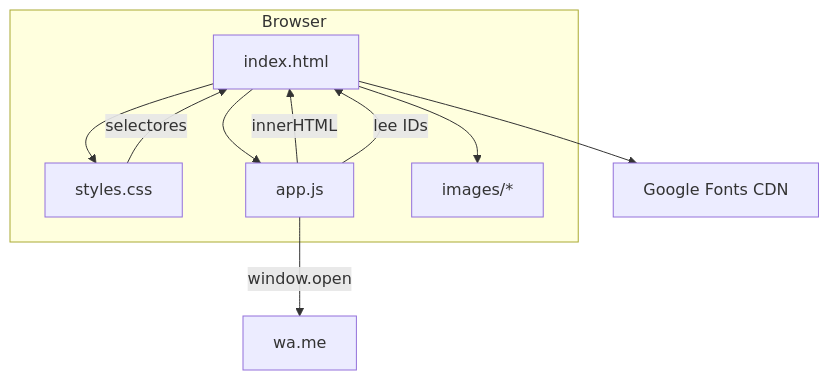
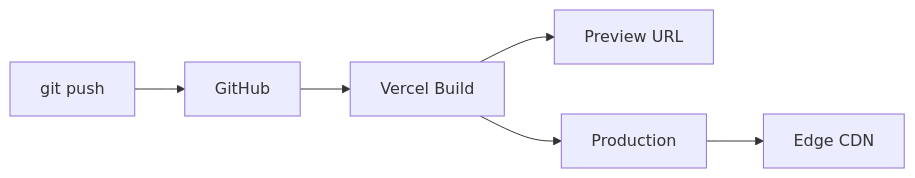
Before and after one commit to johan6821/anna_objetoshechosamano: the eighth of 9 diagrams in docs/arquitectura.md, drawn with Mermaid. The commit also changed other lines of this file and 2 other files, not shown here.

Commit message:
Refactor product names for clarity and consistency; update checkout form text to remove chat negotiation mention; revise architecture documentation for improved structure and detail.

````diff
--- a/docs/arquitectura.md
+++ b/docs/arquitectura.md
@@ -362,17 +998,8 @@
 ```mermaid
-flowchart TB
-  subgraph Browser
-    HTML[index.html]
-    CSS[styles.css]
-    JS[app.js]
-    IMG[images/*]
-  end
-  HTML --> CSS
-  HTML --> JS
-  HTML --> IMG
-  JS -->|innerHTML| HTML
-  JS -->|lee IDs| HTML
-  CSS -->|selectores| HTML
-  JS -->|window.open| WA[wa.me]
-  HTML --> GF[Google Fonts CDN]
+flowchart LR
+  DEV[git push] --> GH[GitHub]
+  GH --> VER[Vercel Build]
+  VER --> PRE[Preview URL]
+  VER --> PROD[Production]
+  PROD --> CDN[Edge CDN]
 ```
````
